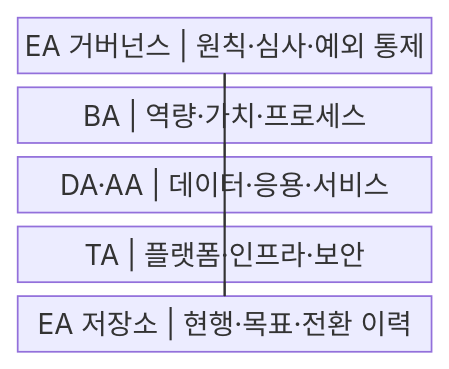
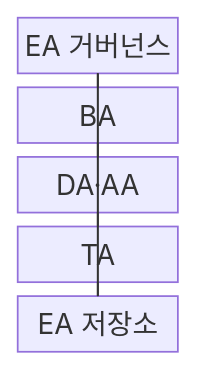
One commit to agnusdei1207/knowledge-base changed the first of 2 diagrams in src/content/docs/notes/03-software/189_enterprise_architecture.md. Above: the diagram before and after it, drawn with Mermaid. The commit also changed other lines of this file and 238 other files, not shown here.

````diff
--- a/src/content/docs/notes/03-software/189_enterprise_architecture.md
+++ b/src/content/docs/notes/03-software/189_enterprise_architecture.md
@@ -51,15 +51,15 @@
 ```mermaid
-block
+block-beta
     columns 1
-    A["EA 거버넌스 | 원칙·심사·예외 통제"]
-    B["BA | 역량·가치·프로세스"]
-    C["DA·AA | 데이터·응용·서비스"]
-    D["TA | 플랫폼·인프라·보안"]
-    E["EA 저장소 | 현행·목표·전환 이력"]
+    A["EA 거버넌스"]
+    B["BA"]
+    C["DA·AA"]
+    D["TA"]
+    E["EA 저장소"]
     A --- B
     A --- C
     A --- D
     B --- E
     C --- E
     D --- E
 ```
````
